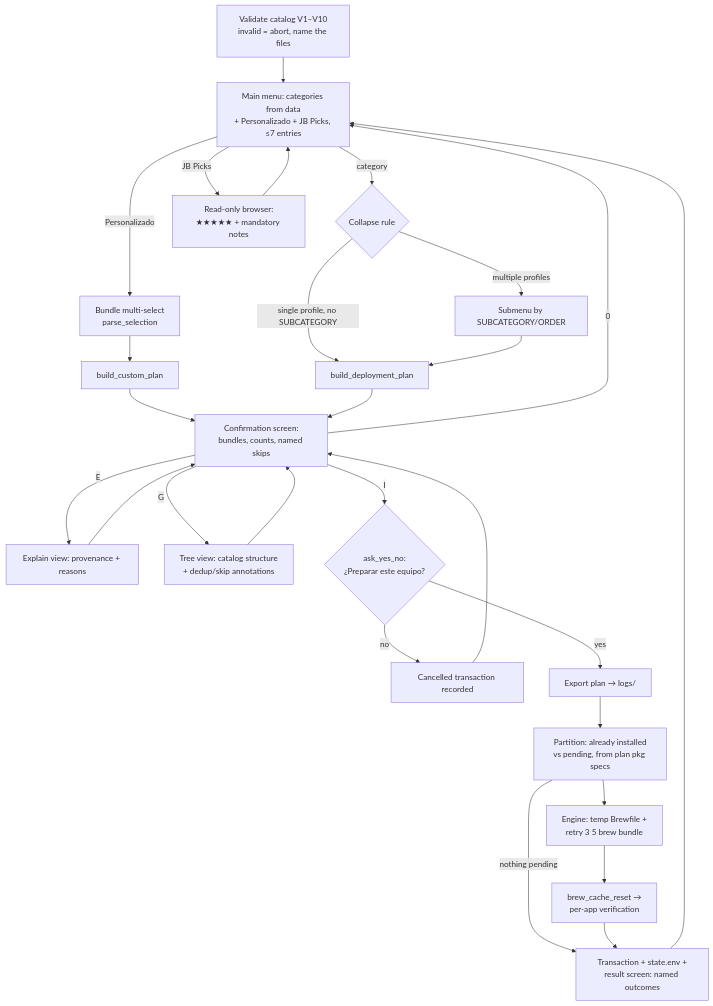
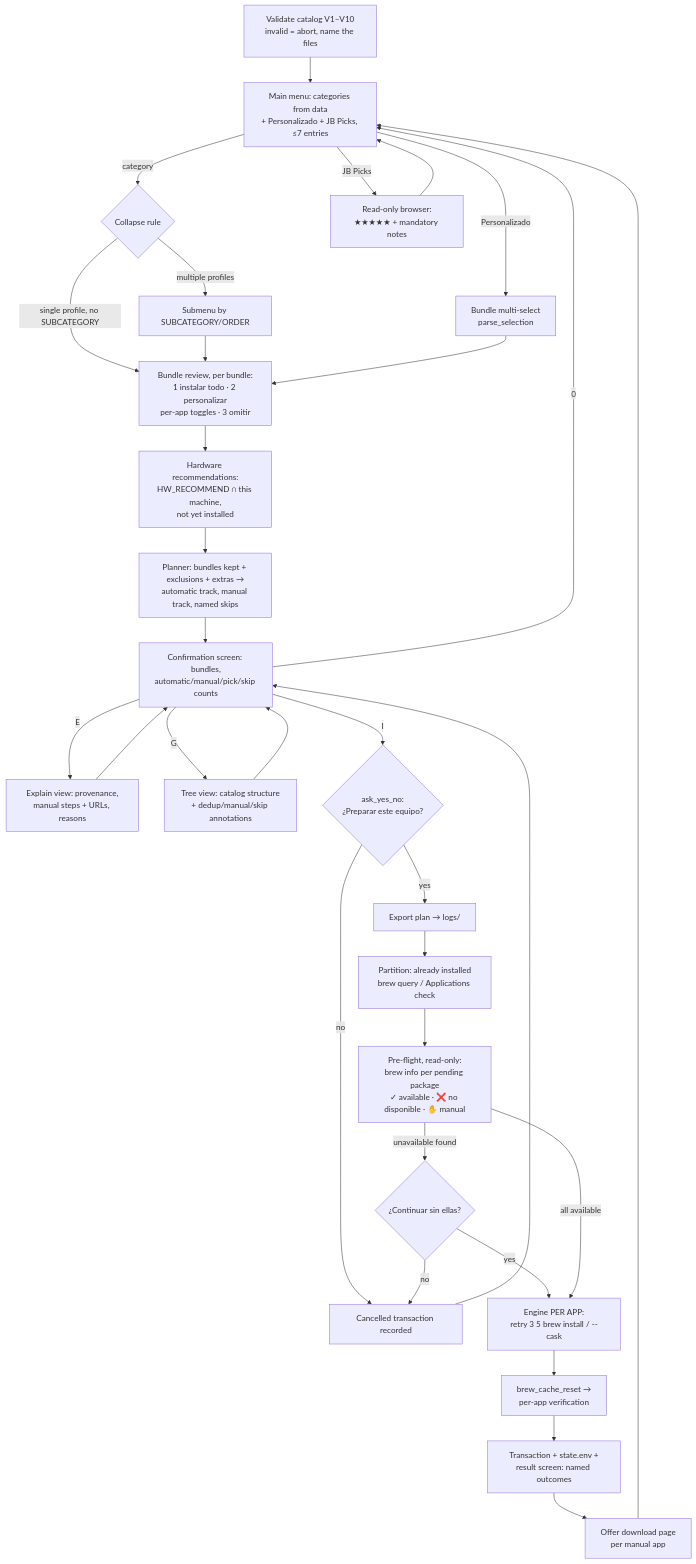
Before and after one commit to JorgeSucre/jb-ToolKit: the fourth of 4 diagrams in docs/Execution-Flow.md, drawn with Mermaid. The commit also changed other lines of this file and 11 other files, not shown here.

````diff
--- a/docs/Execution-Flow.md
+++ b/docs/Execution-Flow.md
@@ -112,21 +107,26 @@
 ```mermaid
 flowchart TD
     A[Validate catalog V1–V10<br/>invalid = abort, name the files] --> B[Main menu: categories from data<br/>+ Personalizado + JB Picks, ≤7 entries]
     B -->|category| C{Collapse rule}
-    C -->|single profile, no SUBCATEGORY| E[build_deployment_plan]
-    C -->|multiple profiles| D[Submenu by SUBCATEGORY/ORDER] --> E
-    B -->|Personalizado| F[Bundle multi-select<br/>parse_selection] --> G[build_custom_plan] --> H
+    C -->|single profile, no SUBCATEGORY| REV
+    C -->|multiple profiles| D[Submenu by SUBCATEGORY/ORDER] --> REV
+    B -->|Personalizado| F[Bundle multi-select<br/>parse_selection] --> REV
     B -->|JB Picks| P[Read-only browser:<br/>★★★★★ + mandatory notes] --> B
-    E --> H[Confirmation screen:<br/>bundles, counts, named skips]
-    H -->|E| X[Explain view: provenance + reasons] --> H
-    H -->|G| T[Tree view: catalog structure<br/>+ dedup/skip annotations] --> H
+    REV[Bundle review, per bundle:<br/>1 instalar todo · 2 personalizar<br/>per-app toggles · 3 omitir] --> HW[Hardware recommendations:<br/>HW_RECOMMEND ∩ this machine,<br/>not yet installed]
+    HW --> E[Planner: bundles kept + exclusions + extras →<br/>automatic track, manual track, named skips]
+    E --> H[Confirmation screen: bundles,<br/>automatic/manual/pick/skip counts]
+    H -->|E| X[Explain view: provenance,<br/>manual steps + URLs, reasons] --> H
+    H -->|G| T[Tree view: catalog structure<br/>+ dedup/manual/skip annotations] --> H
     H -->|0| B
     H -->|I| GATE{ask_yes_no:<br/>¿Preparar este equipo?}
     GATE -->|no| CANC[Cancelled transaction recorded] --> H
-    GATE -->|yes| EXPORT[Export plan → logs/] --> PART[Partition: already installed<br/>vs pending, from plan pkg specs]
-    PART -->|nothing pending| DONE
-    PART --> ENG[Engine: temp Brewfile +<br/>retry 3 5 brew bundle]
+    GATE -->|yes| EXPORT[Export plan → logs/] --> PART[Partition: already installed<br/>brew query / Applications check]
+    PART --> PRE[Pre-flight, read-only:<br/>brew info per pending package<br/>✓ available · ❌ no disponible · ✋ manual]
+    PRE -->|unavailable found| GATE2{¿Continuar sin ellas?}
+    GATE2 -->|no| CANC
+    GATE2 -->|yes| ENG
+    PRE -->|all available| ENG[Engine PER APP:<br/>retry 3 5 brew install / --cask]
     ENG --> VERIFY[brew_cache_reset →<br/>per-app verification]
     VERIFY --> DONE[Transaction + state.env +<br/>result screen: named outcomes]
-    DONE --> B
+    DONE --> URLS[Offer download page<br/>per manual app] --> B
 ```
````
